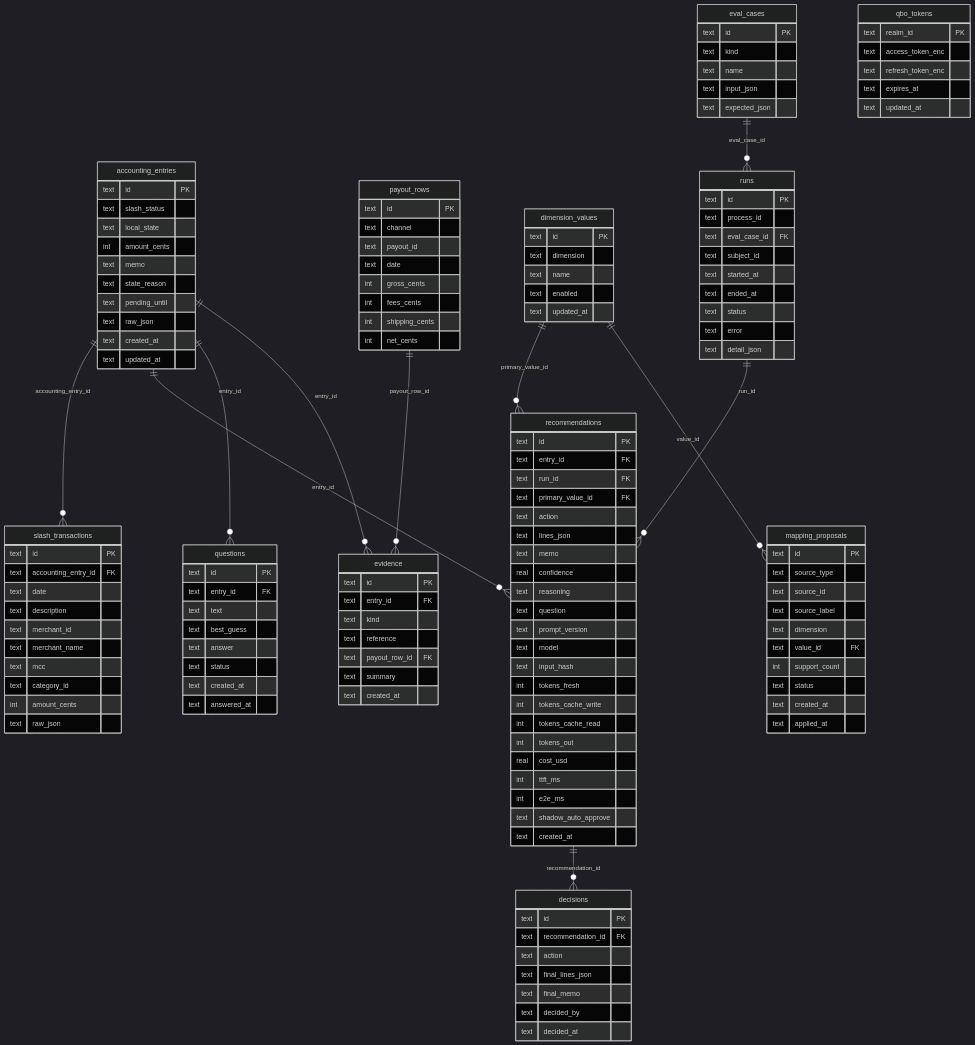
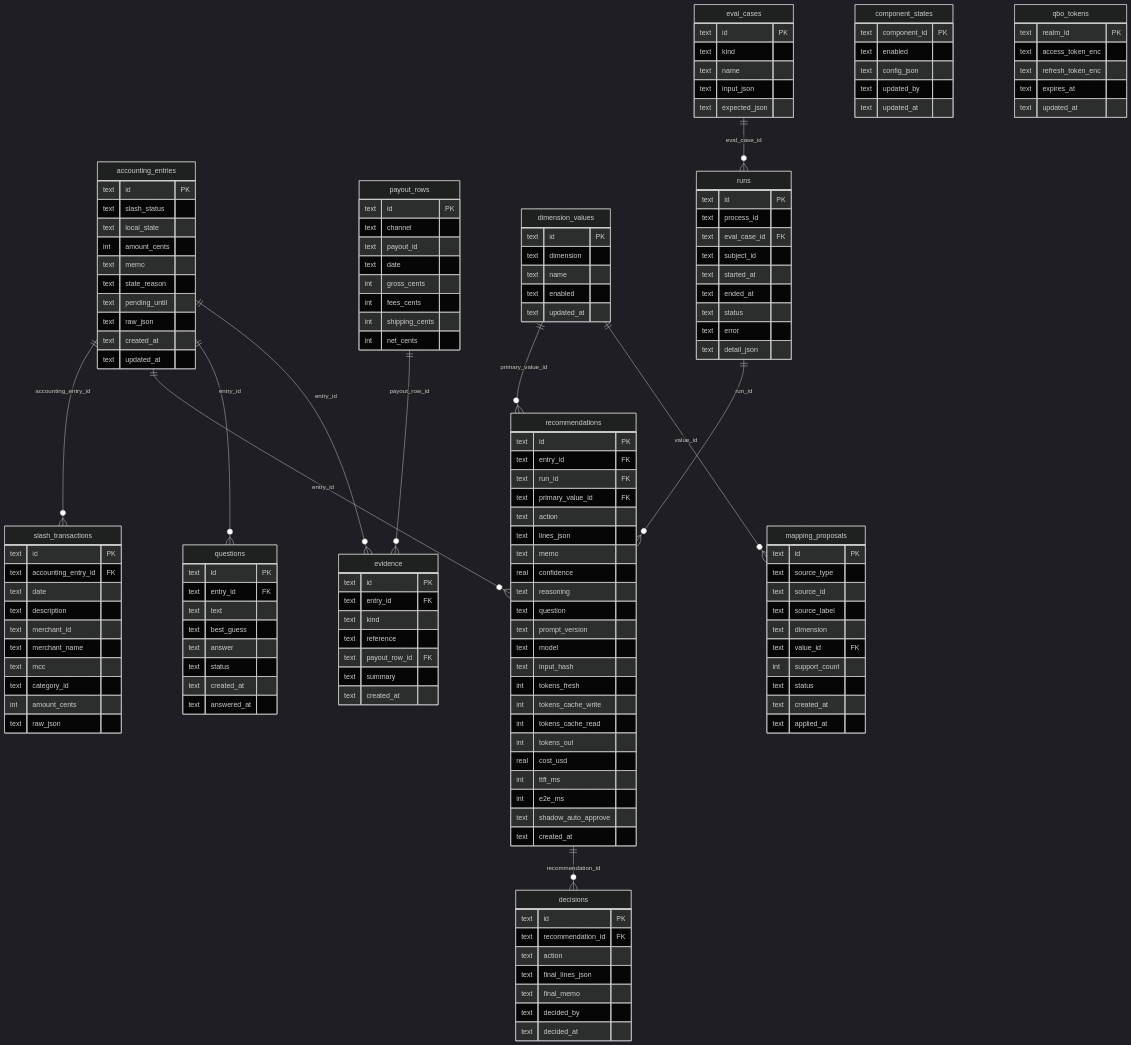
The third of 11 diagrams in ARCHITECTURE.md (MAKaminski/svelte-accounting-agent), drawn with Mermaid (dark theme) before and after one commit. The commit also changed other lines of this file and 42 other files, not shown here.

First line of the commit message:
M6: control plane — /system graph, agents, tools, live state graph, component switches (2026-11-19)

```diff
--- a/ARCHITECTURE.md
+++ b/ARCHITECTURE.md
@@ -189,6 +206,13 @@
     text pending_until
     text raw_json
     text created_at
+    text updated_at
+  }
+  component_states {
+    text component_id PK
+    text enabled
+    text config_json
+    text updated_by
     text updated_at
   }
   decisions {
```
